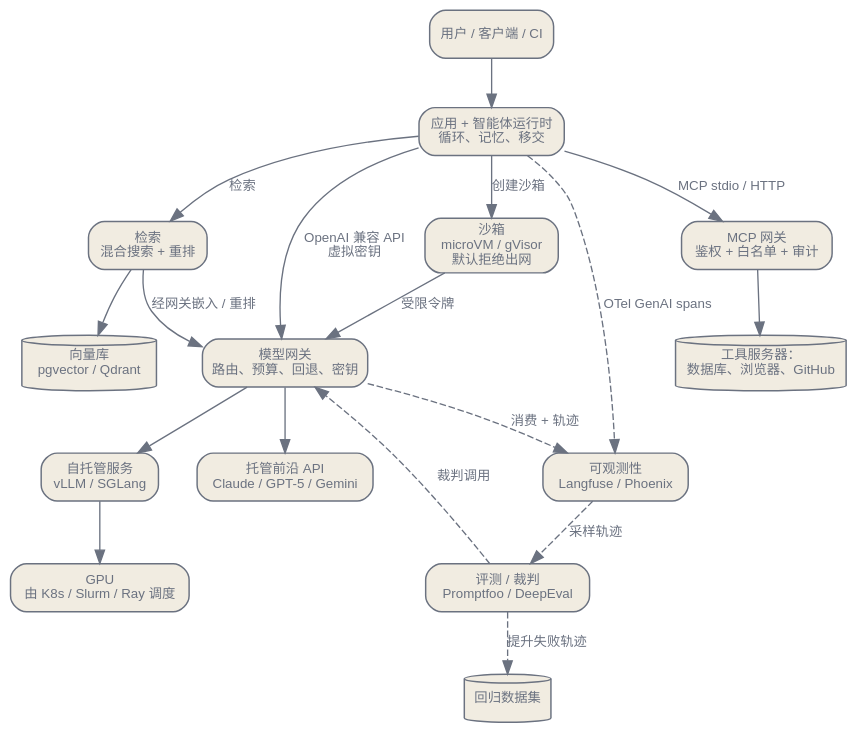
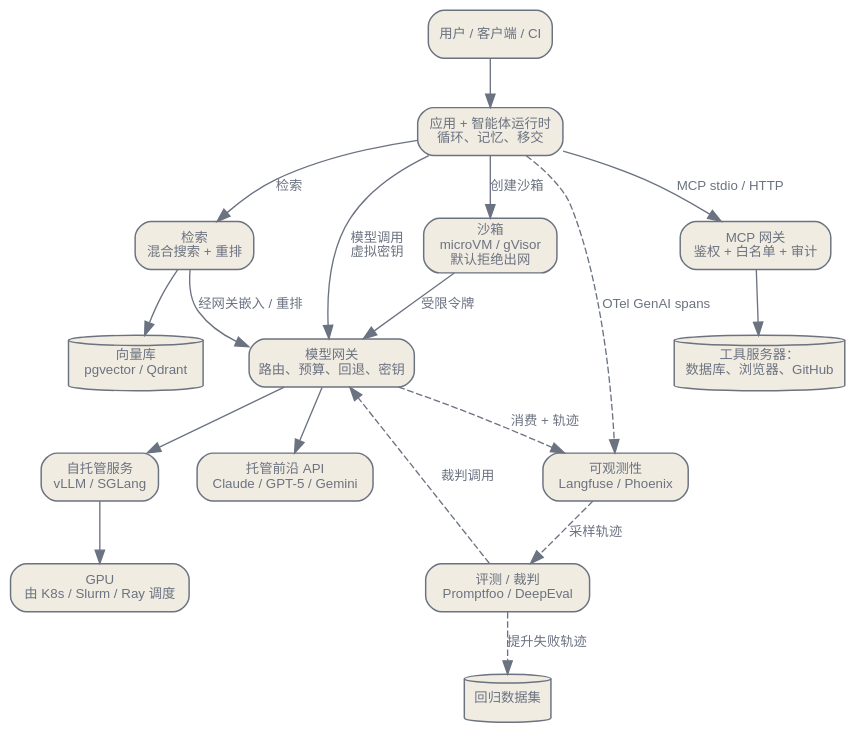
Before and after one commit to latere-ai/ai-as-an-infrastructure: the diagram in zh/practice/08-wiring-a-2026-stack.qmd, drawn with Graphviz. The commit also changed other lines of this file and 3 other files, not shown here.

````diff
--- a/zh/practice/08-wiring-a-2026-stack.qmd
+++ b/zh/practice/08-wiring-a-2026-stack.qmd
@@ -62,47 +62,47 @@
 ```{dot}
 //| label: fig-reference-arch
-//| fig-cap: "一套 2026 端到端参考架构。一切需要模型调用的，都路由经过网关（OpenAI 兼容接缝）；工具调用路由经过 MCP 网关；每个组件都发出 OpenTelemetry GenAI span。应用、智能体、评测与沙箱持有受限虚拟密钥，绝无原始提供商凭据。算力与编排层，是整套技术栈运行所依赖的基础。"
+//| fig-cap: "一套 2026 端到端参考架构。一切需要模型调用的，都路由经过网关（一个地址，各家模型 API 方言由网关翻译）；工具调用路由经过 MCP 网关；每个组件都发出 OpenTelemetry GenAI span。应用、智能体、评测与沙箱持有受限虚拟密钥，绝无原始提供商凭据。算力与编排层，是整套技术栈运行所依赖的基础。"
 digraph {
   bgcolor="transparent";
   rankdir=TB;
   nodesep=0.4; ranksep=0.5;
   node [shape=box, style="rounded,filled", fontname="Helvetica", fontsize=10, color="#6b7280", fontcolor="#6b7280", fillcolor="#f1ece1", penwidth=1.1];
   edge [fontsize=10, fontname="Helvetica", color="#6b7280", fontcolor="#6b7280"];
 
   user [label="用户 / 客户端 / CI"];
   app [label="应用 + 智能体运行时\n循环、记忆、移交"];
   rag [label="检索\n混合搜索 + 重排"];
   vdb [label="向量库\npgvector / Qdrant", shape=cylinder];
   mcpgw [label="MCP 网关\n鉴权 + 白名单 + 审计"];
   tools [label="工具服务器：\n数据库、浏览器、GitHub", shape=cylinder];
   sbx [label="沙箱\nmicroVM / gVisor\n默认拒绝出网"];
   gw [label="模型网关\n路由、预算、回退、密钥"];
   hosted [label="托管前沿 API\nClaude / GPT-5 / Gemini"];
   serve [label="自托管服务\nvLLM / SGLang"];
   hw [label="GPU\n由 K8s / Slurm / Ray 调度"];
   obs [label="可观测性\nLangfuse / Phoenix"];
   eval [label="评测 / 裁判\nPromptfoo / DeepEval"];
   ds [label="回归数据集", shape=cylinder];
 
   user -> app;
   app -> rag [label="检索"];
   rag -> vdb;
   app -> mcpgw [label="MCP stdio / HTTP"];
   mcpgw -> tools;
   app -> sbx [label="创建沙箱"];
 
-  app -> gw [label="OpenAI 兼容 API\n虚拟密钥"];
+  app -> gw [label="模型调用\n虚拟密钥"];
   rag -> gw [label="经网关嵌入 / 重排"];
   sbx -> gw [label="受限令牌"];
 
   gw -> hosted;
   gw -> serve;
   serve -> hw;
 
   app -> obs [style=dashed, label="OTel GenAI spans"];
   gw -> obs [style=dashed, label="消费 + 轨迹"];
   obs -> eval [style=dashed, label="采样轨迹"];
   eval -> gw [style=dashed, label="裁判调用"];
   eval -> ds [style=dashed, label="提升失败轨迹"];
 }
 ```
````
